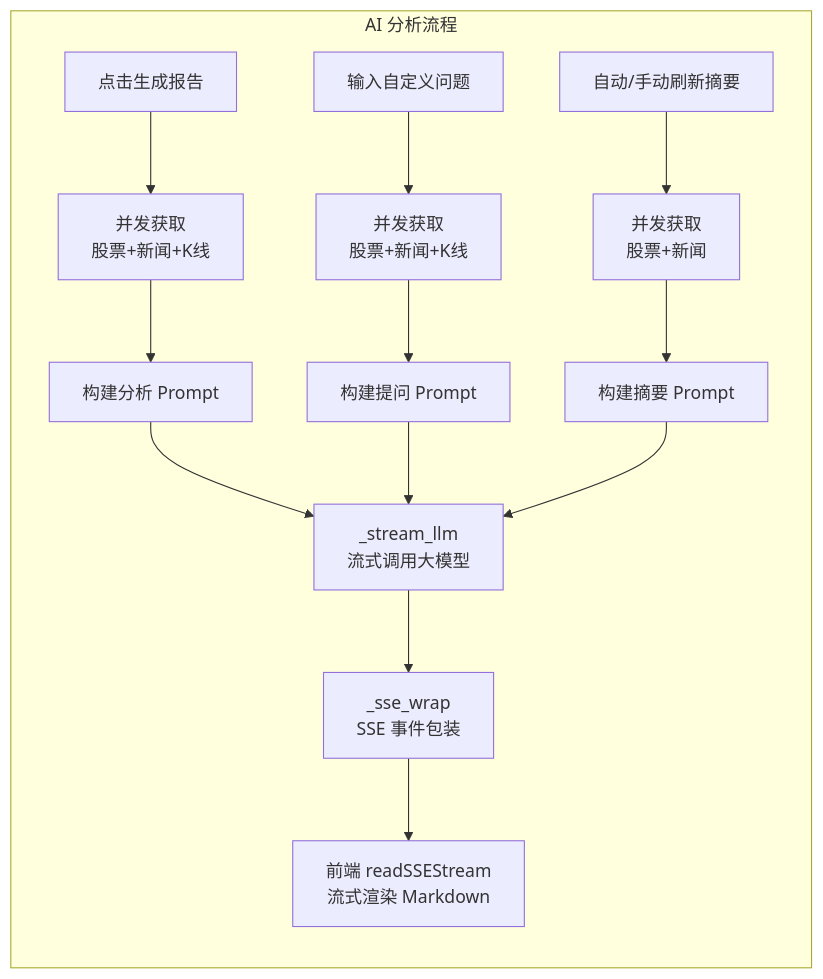
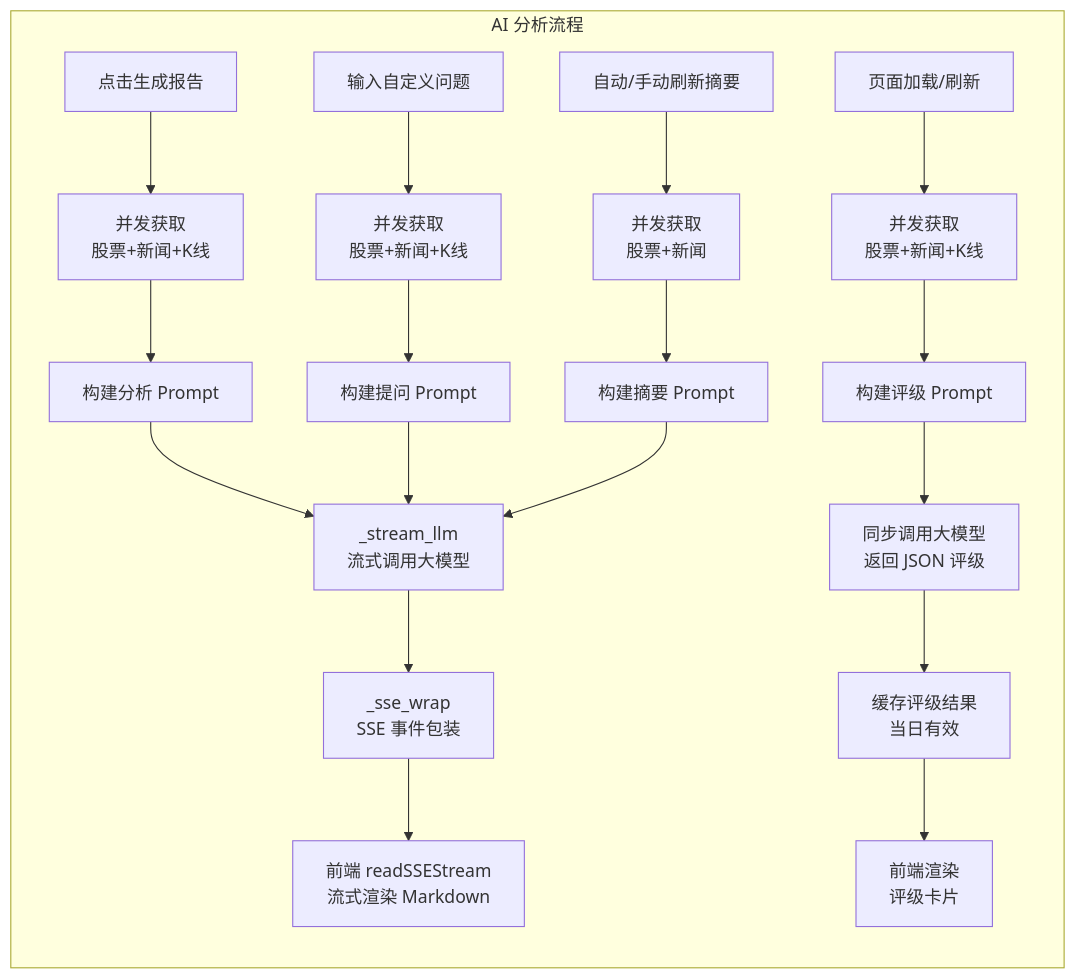
One commit to danyangliu-lab/Tencent-Stock-Agent changed the fourth of 5 diagrams in README.md. Above: the diagram before and after it, drawn with Mermaid. The commit also changed other lines of this file and 7 other files, not shown here.

Commit message:
feat: 新增 AI 每日智能评级功能，优化 Gemini 2.5 适配，更新截图与文档

````diff
--- a/README.md
+++ b/README.md
@@ -180,16 +195,21 @@
 ```mermaid
 flowchart LR
     subgraph AI 分析流程
         U1[点击生成报告] --> REQ1[并发获取<br/>股票+新闻+K线]
         U2[输入自定义问题] --> REQ2[并发获取<br/>股票+新闻+K线]
         U3[自动/手动刷新摘要] --> REQ3[并发获取<br/>股票+新闻]
+        U4[页面加载/刷新] --> REQ4[并发获取<br/>股票+新闻+K线]
         REQ1 --> P1[构建分析 Prompt]
         REQ2 --> P2[构建提问 Prompt]
         REQ3 --> P3[构建摘要 Prompt]
+        REQ4 --> P4[构建评级 Prompt]
         P1 --> LLM_CALL[_stream_llm<br/>流式调用大模型]
         P2 --> LLM_CALL
         P3 --> LLM_CALL
+        P4 --> LLM_SYNC[同步调用大模型<br/>返回 JSON 评级]
         LLM_CALL --> SSE_OUT[_sse_wrap<br/>SSE 事件包装]
+        LLM_SYNC --> CACHE_R[缓存评级结果<br/>当日有效]
         SSE_OUT --> RENDER[前端 readSSEStream<br/>流式渲染 Markdown]
+        CACHE_R --> RENDER_R[前端渲染<br/>评级卡片]
     end
 ```
````
